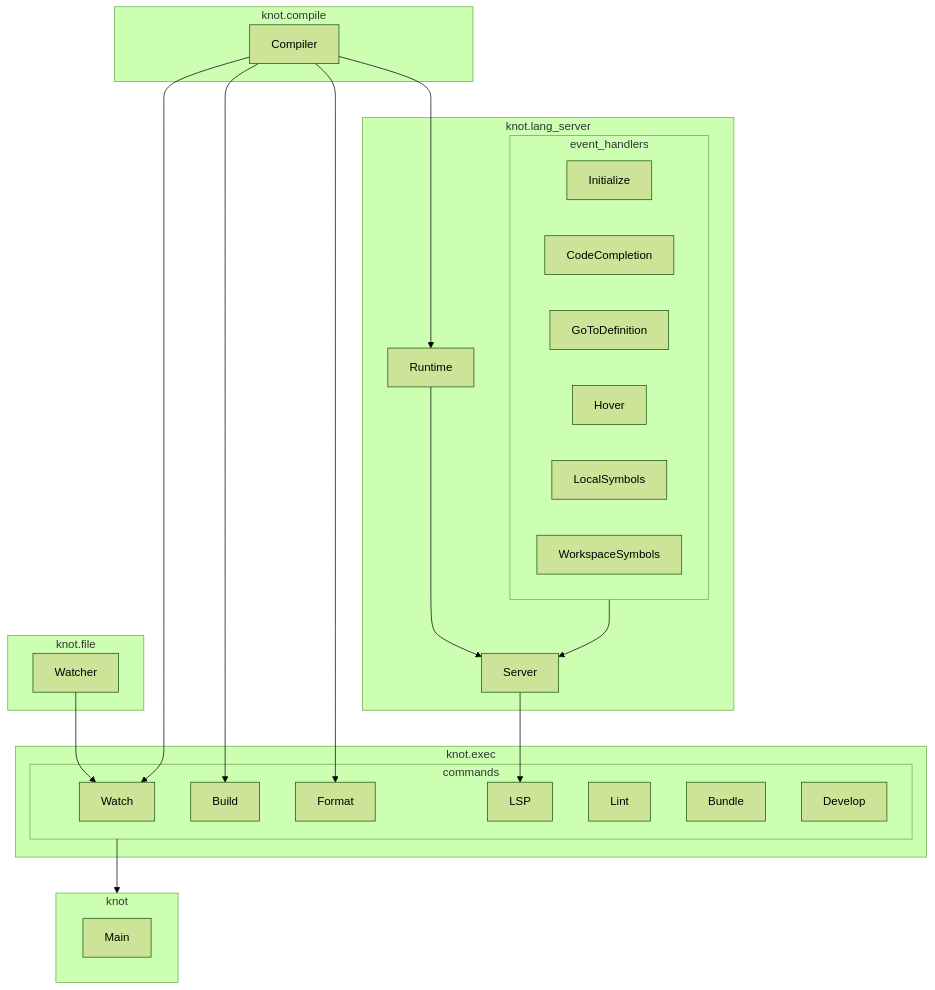
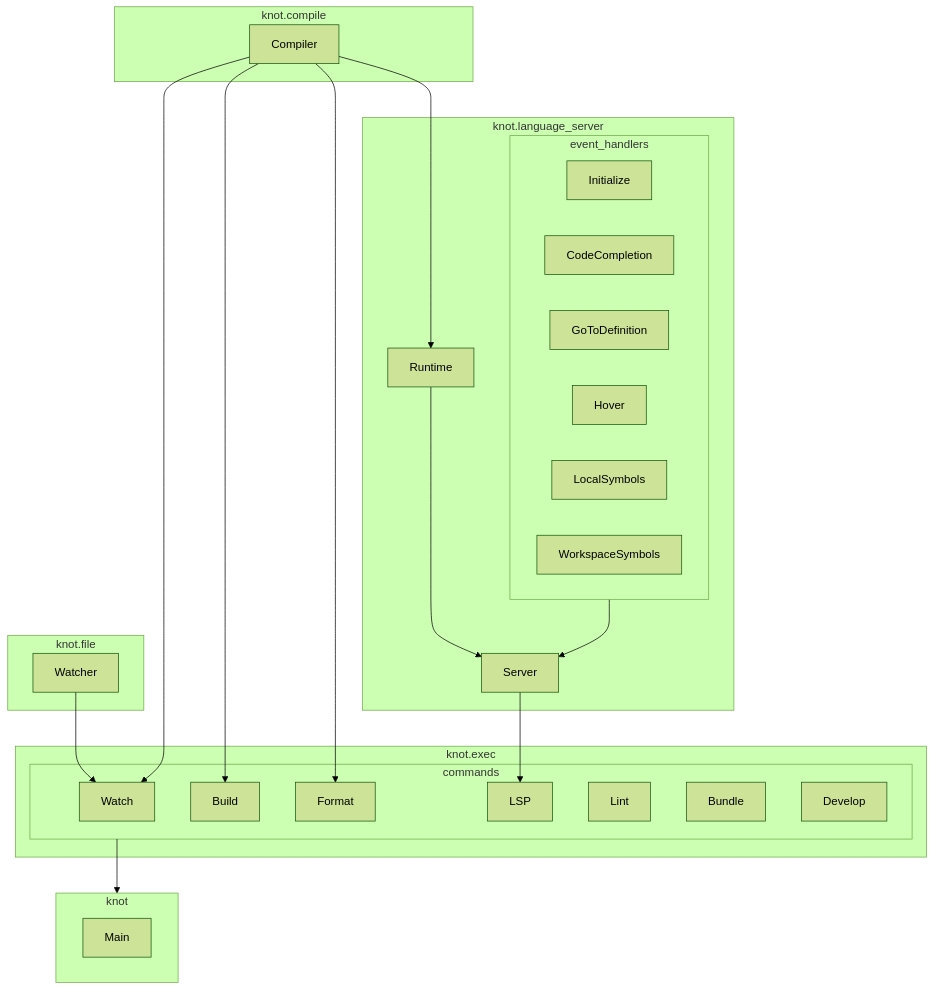
One commit to effervescentia/knot changed the diagram in compiler/doc/binary_architecture.mmd. Above: the diagram before and after it, drawn with Mermaid (forest theme). The commit also changed 8 other files, not shown here.

Commit message:
refactor: rename to language_server

```diff
--- a/compiler/doc/binary_architecture.mmd
+++ b/compiler/doc/binary_architecture.mmd
@@ -1,52 +1,52 @@
 flowchart TD
   %% file
   subgraph knot.file
     Watcher
   end
   Watcher --> Watch
 
   %% compile
   subgraph knot.compile
     Compiler
   end
   Compiler --> Build
   Compiler --> Format
   Compiler --> Runtime
   Compiler --> Watch
 
-  %% lang_server
-  subgraph knot.lang_server
+  %% language_server
+  subgraph knot.language_server
     subgraph event_handlers
       Initialize
       CodeCompletion
       GoToDefinition
       Hover
       LocalSymbols
       WorkspaceSymbols
     end
     Server
     Runtime
 
     Runtime --> Server
     event_handlers --> Server
   end
   Server --> LSP
 
   %% exec
   subgraph knot.exec
     subgraph commands
       Watch
       Format
       Build
       LSP
       Lint
       Bundle
       Develop
     end
   end
   commands --> knot
 
   %% cli
   subgraph knot
     Main
   end
```
